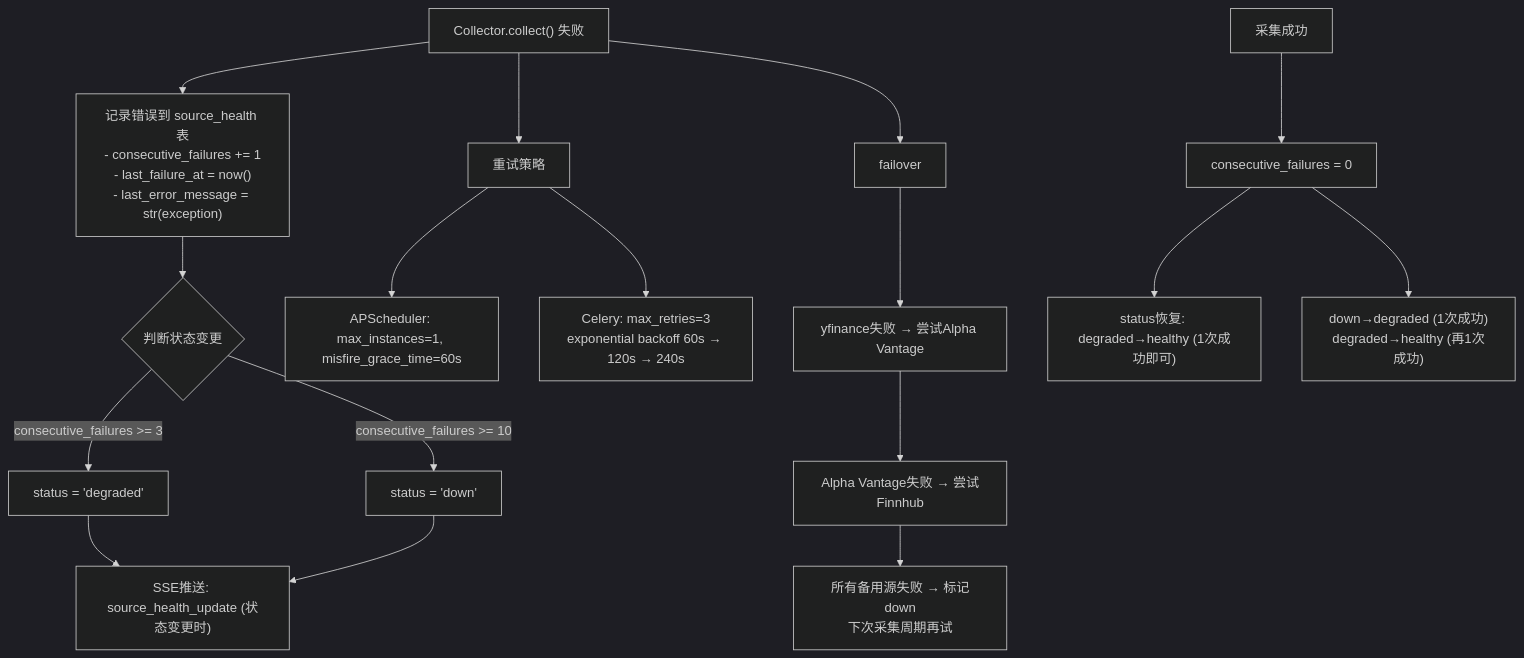
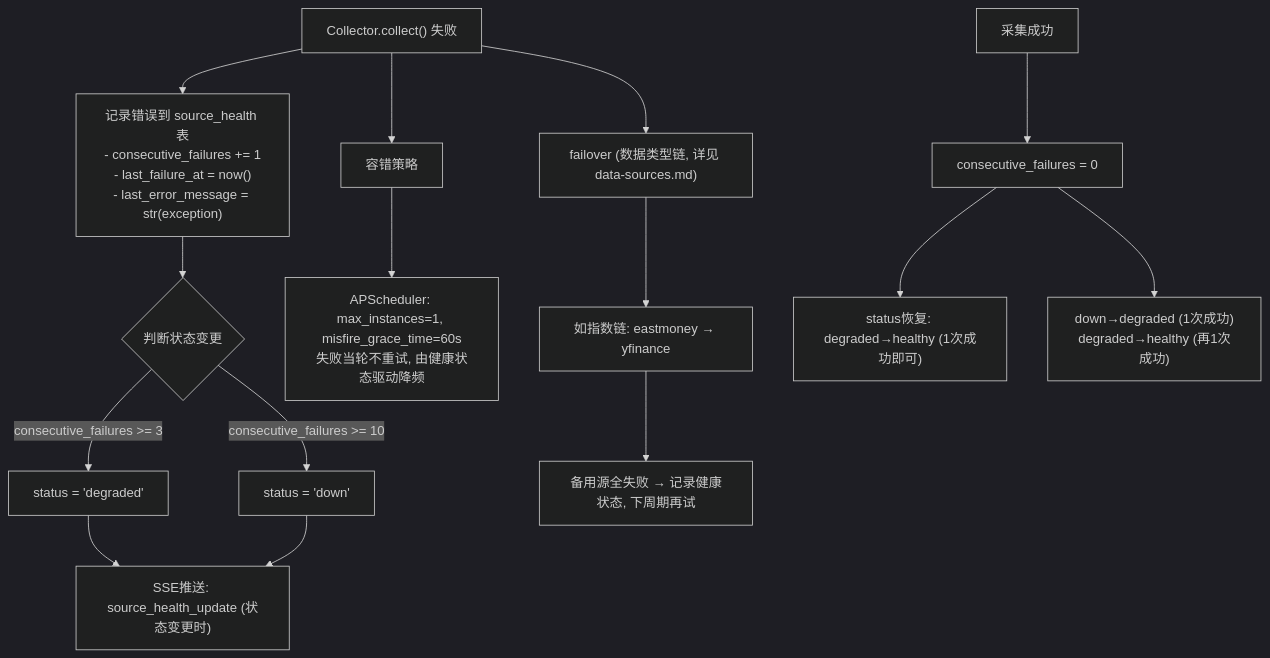
Before and after one commit to onceme/instantboard: the seventh of 12 diagrams in docs/design/data-flow.md, drawn with Mermaid (dark theme). The commit also changed other lines of this file and 14 other files, not shown here.

````diff
--- a/docs/design/data-flow.md
+++ b/docs/design/data-flow.md
@@ -529,24 +474,21 @@
 ```mermaid
 graph TD
     CollectFail["Collector.collect() 失败"]
     CollectFail --> RecordHealth["记录错误到 source_health 表<br>- consecutive_failures += 1<br>- last_failure_at = now()<br>- last_error_message = str(exception)"]
     RecordHealth --> CheckStatus{"判断状态变更"}
     CheckStatus -->|"consecutive_failures >= 3"| Degraded["status = 'degraded'"]
     CheckStatus -->|"consecutive_failures >= 10"| Down["status = 'down'"]
     Degraded --> SSEPushHealth["SSE推送: source_health_update (状态变更时)"]
     Down --> SSEPushHealth
 
-    CollectFail --> Retry["重试策略"]
-    Retry --> APSRetry["APScheduler: max_instances=1, misfire_grace_time=60s"]
-    Retry --> CeleryRetry["Celery: max_retries=3<br>exponential backoff 60s → 120s → 240s"]
-
-    CollectFail --> Failover["failover"]
-    Failover --> YF["yfinance失败 → 尝试Alpha Vantage"]
-    YF --> AV["Alpha Vantage失败 → 尝试Finnhub"]
-    AV --> AllFail["所有备用源失败 → 标记down<br>下次采集周期再试"]
+    CollectFail --> Retry["容错策略"]
+    Retry --> APSRetry["APScheduler: max_instances=1, misfire_grace_time=60s<br>失败当轮不重试, 由健康状态驱动降频"]
+    CollectFail --> Failover["failover (数据类型链, 详见 data-sources.md)"]
+    Failover --> IdxFailover["如指数链: eastmoney → yfinance"]
+    IdxFailover --> AllFail["备用源全失败 → 记录健康状态, 下周期再试"]
 
     CollectSuccess["采集成功"]
     CollectSuccess --> ResetFailures["consecutive_failures = 0"]
     ResetFailures --> RecoverDegraded["status恢复: degraded→healthy (1次成功即可)"]
     ResetFailures --> RecoverDown["down→degraded (1次成功)<br>degraded→healthy (再1次成功)"]
 ```
````
